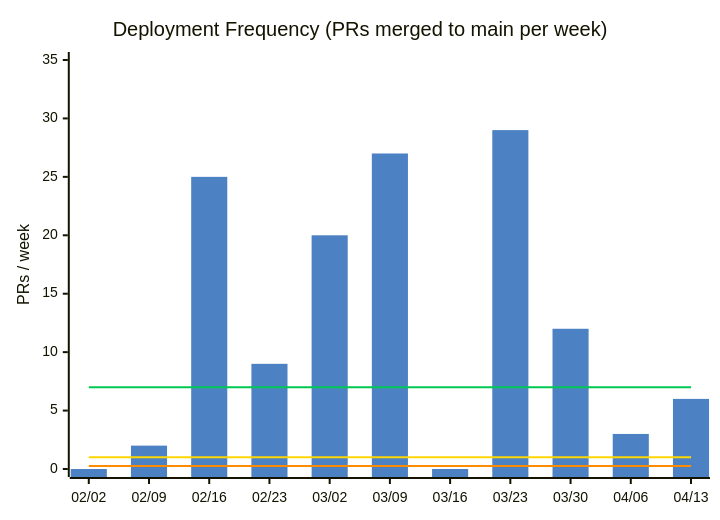
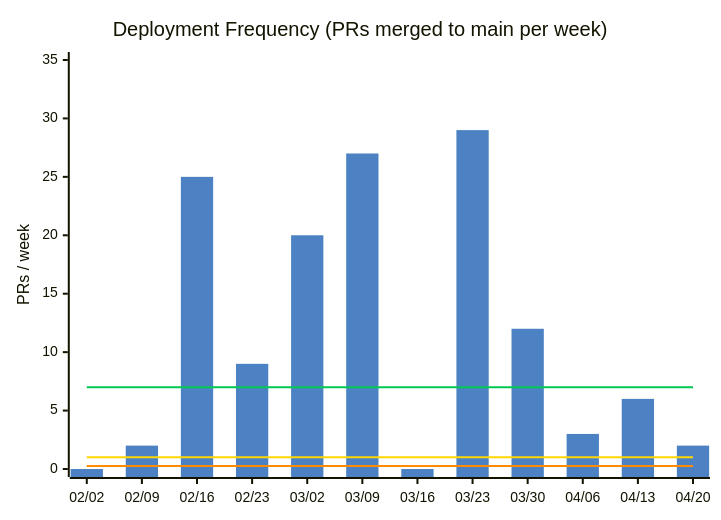
Before and after one commit to nablarch/nabledge-dev: the first of 14 diagrams in docs/metrics.md, drawn with Mermaid. The commit also changed other lines of this file and 2 other files, not shown here.

````diff
--- a/docs/metrics.md
+++ b/docs/metrics.md
@@ -37,11 +37,11 @@
 ```mermaid
 %%{init: {'theme': 'base', 'themeVariables': {'xyChart': {'plotColorPalette': '#4C82C3,#00C853,#FFD600,#FF8C00'}}}}%%
 xychart-beta
   title "Deployment Frequency (PRs merged to main per week)"
-  x-axis ["02/02", "02/09", "02/16", "02/23", "03/02", "03/09", "03/16", "03/23", "03/30", "04/06", "04/13"]
+  x-axis ["02/02", "02/09", "02/16", "02/23", "03/02", "03/09", "03/16", "03/23", "03/30", "04/06", "04/13", "04/20"]
   y-axis "PRs / week" 0 --> 35
-  bar [0, 2, 25, 9, 20, 27, 0, 29, 12, 3, 6]
-  line [7, 7, 7, 7, 7, 7, 7, 7, 7, 7, 7]
-  line [1, 1, 1, 1, 1, 1, 1, 1, 1, 1, 1]
-  line [0.25, 0.25, 0.25, 0.25, 0.25, 0.25, 0.25, 0.25, 0.25, 0.25, 0.25]
+  bar [0, 2, 25, 9, 20, 27, 0, 29, 12, 3, 6, 2]
+  line [7, 7, 7, 7, 7, 7, 7, 7, 7, 7, 7, 7]
+  line [1, 1, 1, 1, 1, 1, 1, 1, 1, 1, 1, 1]
+  line [0.25, 0.25, 0.25, 0.25, 0.25, 0.25, 0.25, 0.25, 0.25, 0.25, 0.25, 0.25]
 ```
````
